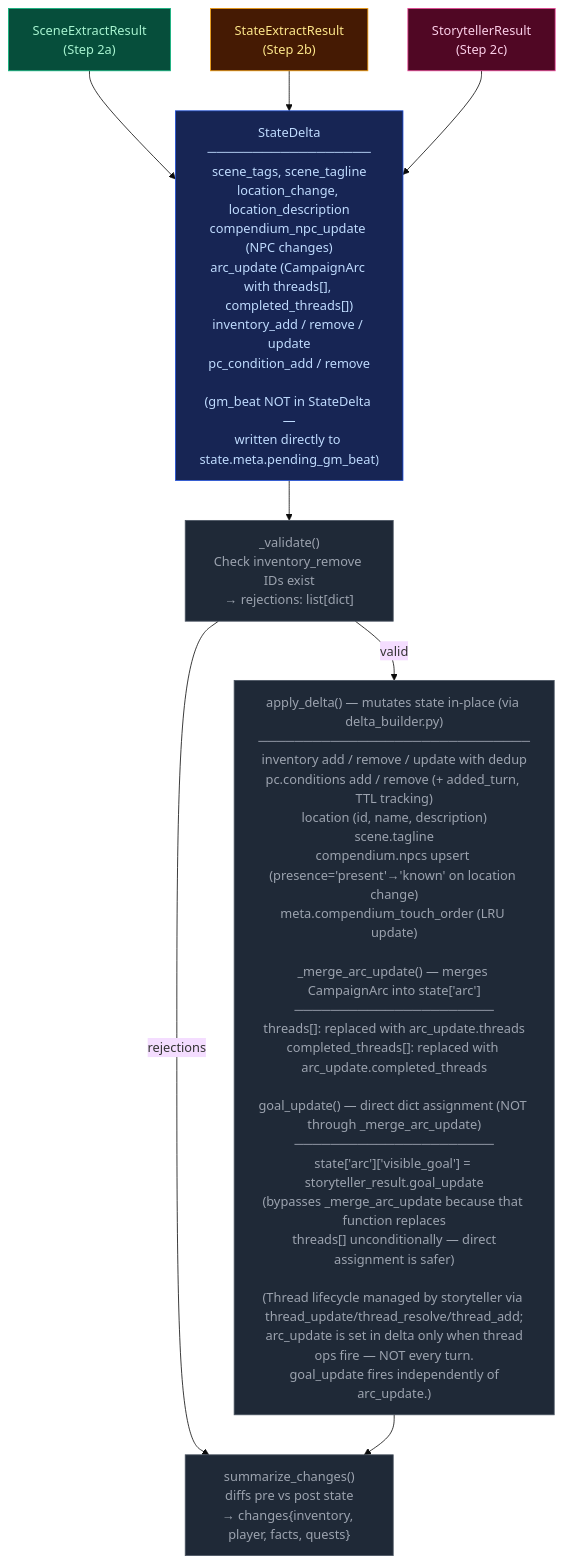
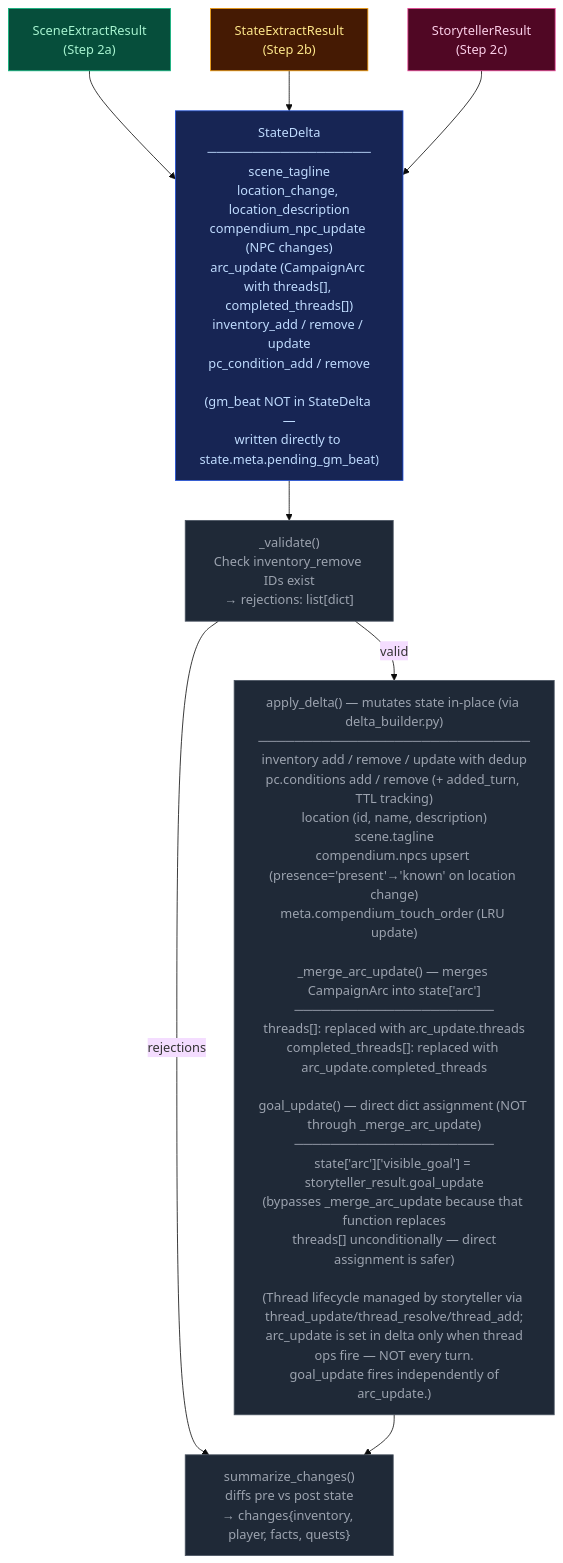
Before and after one commit to pww217/fablethread: the diagram in docs/architecture/delta-validate.md, drawn with Mermaid (base theme). The commit also changed 26 other files, not shown here.

````diff
--- a/docs/architecture/delta-validate.md
+++ b/docs/architecture/delta-validate.md
@@ -7,28 +7,28 @@
 ```mermaid
 flowchart TD
     classDef stageScene    fill:#064e3b,color:#a7f3d0,stroke:#10b981
     classDef stageState    fill:#451a03,color:#fde68a,stroke:#f59e0b
     classDef stageProgress fill:#500724,color:#fbcfe8,stroke:#ec4899
     classDef pyNode        fill:#1f2937,color:#9ca3af,stroke:#4b5563
     classDef mergeNode     fill:#172554,color:#bfdbfe,stroke:#1d4ed8
 
     SR1["SceneExtractResult<br>(Step 2a)"]:::stageScene
     SR2["StateExtractResult<br>(Step 2b)"]:::stageState
     SR3["StorytellerResult<br>(Step 2c)"]:::stageProgress
 
-    MERGE["StateDelta<br>──────────────────<br>scene_tags, scene_tagline<br>location_change, location_description<br>compendium_npc_update (NPC changes)<br>arc_update (CampaignArc with threads[], completed_threads[])<br>inventory_add / remove / update<br>pc_condition_add / remove<br><br>(gm_beat NOT in StateDelta —<br>written directly to state.meta.pending_gm_beat)"]:::mergeNode
+    MERGE["StateDelta<br>──────────────────<br>scene_tagline<br>location_change, location_description<br>compendium_npc_update (NPC changes)<br>arc_update (CampaignArc with threads[], completed_threads[])<br>inventory_add / remove / update<br>pc_condition_add / remove<br><br>(gm_beat NOT in StateDelta —<br>written directly to state.meta.pending_gm_beat)"]:::mergeNode
 
     VALIDATE["_validate()<br>Check inventory_remove IDs exist<br>→ rejections: list[dict]"]:::pyNode
 
     APPLY["apply_delta() — mutates state in-place (via delta_builder.py)<br>──────────────────────────────<br>inventory add / remove / update with dedup<br>pc.conditions add / remove (+ added_turn, TTL tracking)<br>location (id, name, description)<br>scene.tagline<br>compendium.npcs upsert (presence='present'→'known' on location change)<br>meta.compendium_touch_order (LRU update)<br><br>_merge_arc_update() — merges CampaignArc into state['arc']<br>──────────────────────<br>threads[]: replaced with arc_update.threads<br>completed_threads[]: replaced with arc_update.completed_threads<br><br>goal_update() — direct dict assignment (NOT through _merge_arc_update)<br>──────────────────────<br>state['arc']['visible_goal'] = storyteller_result.goal_update<br>(bypasses _merge_arc_update because that function replaces<br> threads[] unconditionally — direct assignment is safer)<br><br>(Thread lifecycle managed by storyteller via thread_update/thread_resolve/thread_add;<br> arc_update is set in delta only when thread ops fire — NOT every turn.<br> goal_update fires independently of arc_update.)"]:::pyNode
 
     DIFF["summarize_changes()<br>diffs pre vs post state<br>→ changes{inventory, player, facts, quests}"]:::pyNode
 
     SR1 --> MERGE
     SR2 --> MERGE
     SR3 --> MERGE
     MERGE --> VALIDATE
     VALIDATE -- "valid" --> APPLY
     VALIDATE -- "rejections" --> DIFF
     APPLY --> DIFF
 ```
````
